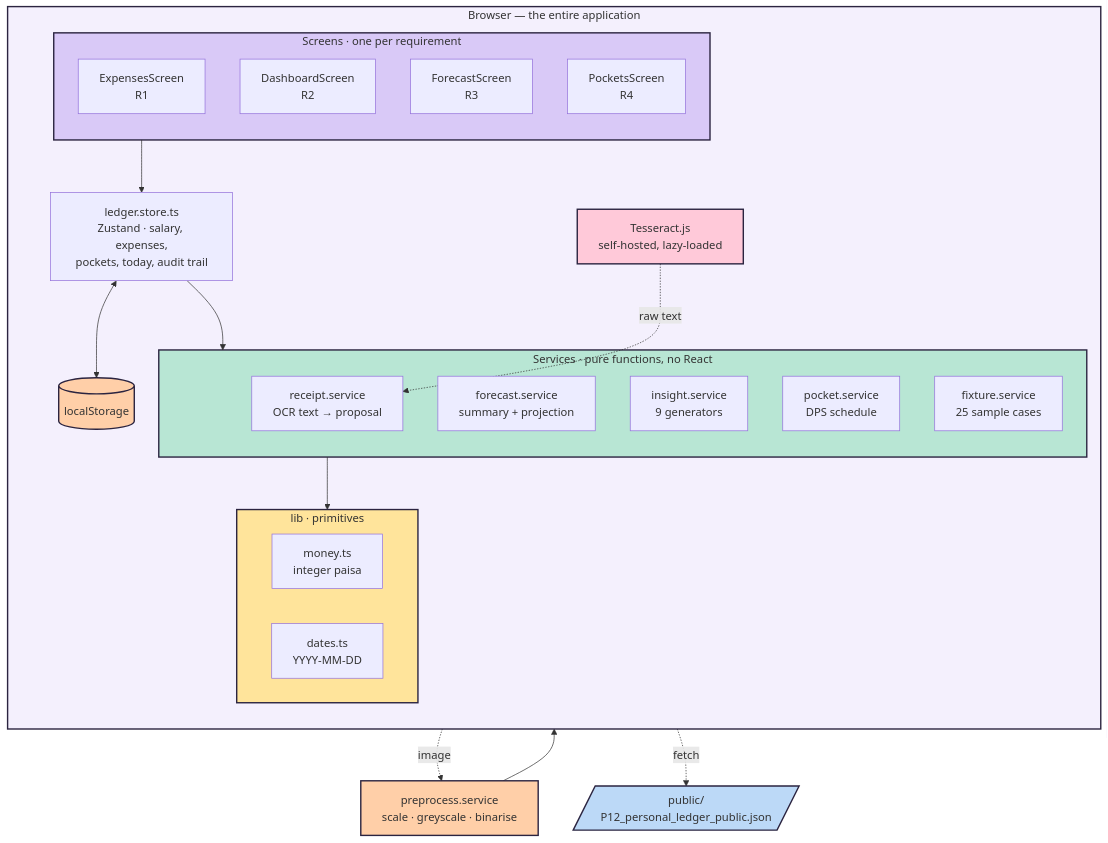
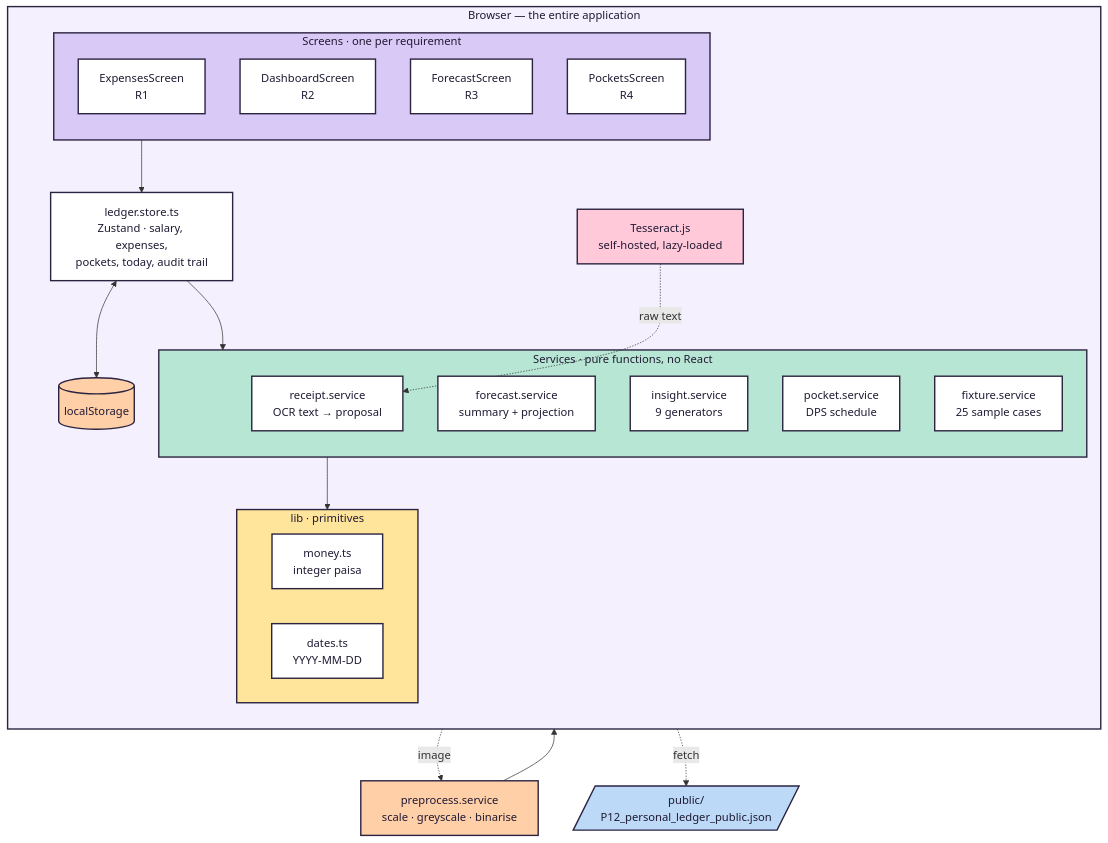
One commit to AuvroIslam/lsh26-t033-p12 changed the first of 6 diagrams in README.md. Above: the diagram before and after it, drawn with Mermaid. The commit also changed other lines of this file, not shown here.

First line of the commit message:
Fix diagram contrast and use the slides as illustration, not a gallery

````diff
--- a/README.md
+++ b/README.md
@@ -37,51 +42,58 @@
 ```mermaid
 flowchart TB
+    classDef default fill:#ffffff,stroke:#2b2440,stroke-width:2px,color:#201a33;
     subgraph browser["Browser — the entire application"]
         direction TB
 
         subgraph screens["Screens · one per requirement"]
             S1["ExpensesScreen<br/>R1"]
             S2["DashboardScreen<br/>R2"]
             S3["ForecastScreen<br/>R3"]
             S4["PocketsScreen<br/>R4"]
         end
 
         store["ledger.store.ts<br/>Zustand · salary, expenses,<br/>pockets, today, audit trail"]
 
         subgraph services["Services · pure functions, no React"]
             SV1["receipt.service<br/>OCR text → proposal"]
             SV2["forecast.service<br/>summary + projection"]
             SV3["insight.service<br/>9 generators"]
             SV4["pocket.service<br/>DPS schedule"]
             SV5["fixture.service<br/>25 sample cases"]
         end
 
         subgraph libs["lib · primitives"]
             L1["money.ts<br/>integer paisa"]
             L2["dates.ts<br/>YYYY-MM-DD"]
         end
 
         storage[("localStorage")]
         ocr["Tesseract.js<br/>self-hosted, lazy-loaded"]
     end
 
     fixture[/"public/<br/>P12_personal_ledger_public.json"/]
 
     screens --> store
     store --> services
     services --> libs
     store <--> storage
     S1 -.image.-> pre["preprocess.service<br/>scale · greyscale · binarise"]
     pre --> ocr
     ocr -.raw text.-> SV1
     SV5 -.fetch.-> fixture
 
-    style browser fill:#f4f0fd,stroke:#2b2440,stroke-width:2px
-    style screens fill:#d9c9f7,stroke:#2b2440,stroke-width:2px
-    style services fill:#b8e6d4,stroke:#2b2440,stroke-width:2px
-    style libs fill:#ffe49b,stroke:#2b2440,stroke-width:2px
-    style storage fill:#ffcfa8,stroke:#2b2440,stroke-width:2px
-    style ocr fill:#ffc9d9,stroke:#2b2440,stroke-width:2px
-    style pre fill:#ffcfa8,stroke:#2b2440,stroke-width:2px
-    style fixture fill:#bcd9f7,stroke:#2b2440,stroke-width:2px
+    classDef lav fill:#f4f0fd,stroke:#2b2440,stroke-width:2px,color:#201a33;
+    classDef lilac fill:#d9c9f7,stroke:#2b2440,stroke-width:2px,color:#201a33;
+    classDef mint fill:#b8e6d4,stroke:#2b2440,stroke-width:2px,color:#201a33;
+    classDef butter fill:#ffe49b,stroke:#2b2440,stroke-width:2px,color:#201a33;
+    classDef peach fill:#ffcfa8,stroke:#2b2440,stroke-width:2px,color:#201a33;
+    classDef blush fill:#ffc9d9,stroke:#2b2440,stroke-width:2px,color:#201a33;
+    classDef sky fill:#bcd9f7,stroke:#2b2440,stroke-width:2px,color:#201a33;
+    class browser lav;
+    class screens lilac;
+    class services mint;
+    class libs butter;
+    class storage,pre peach;
+    class ocr blush;
+    class fixture sky;
 ```
````
